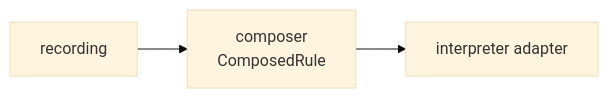
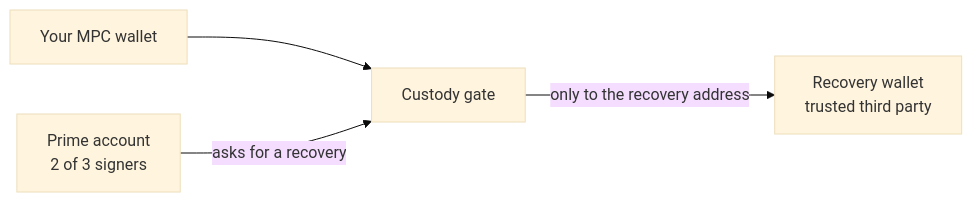
The third of 3 diagrams in docs/architecture.md (untangledfinance/oz-policy-builder), drawn with Mermaid (base theme) before and after one commit. The commit also changed other lines of this file and 55 other files, not shown here.

First line of the commit message:
docs: three documents for the custody architecture on Stellar and EVM

````diff
--- a/docs/architecture.md
+++ b/docs/architecture.md
@@ -111,5 +89,6 @@
 ```mermaid
 flowchart LR
-    src["recording"] --> comp["composer<br/>ComposedRule"]
-    comp --> interp["interpreter adapter"]
+    MPC["Your MPC wallet"] --> GATE["Custody gate"]
+    PRIME["Prime account<br/>2 of 3 signers"] -->|"asks for a recovery"| GATE
+    GATE -->|"only to the recovery address"| REC["Recovery wallet<br/>trusted third party"]
 ```
````
